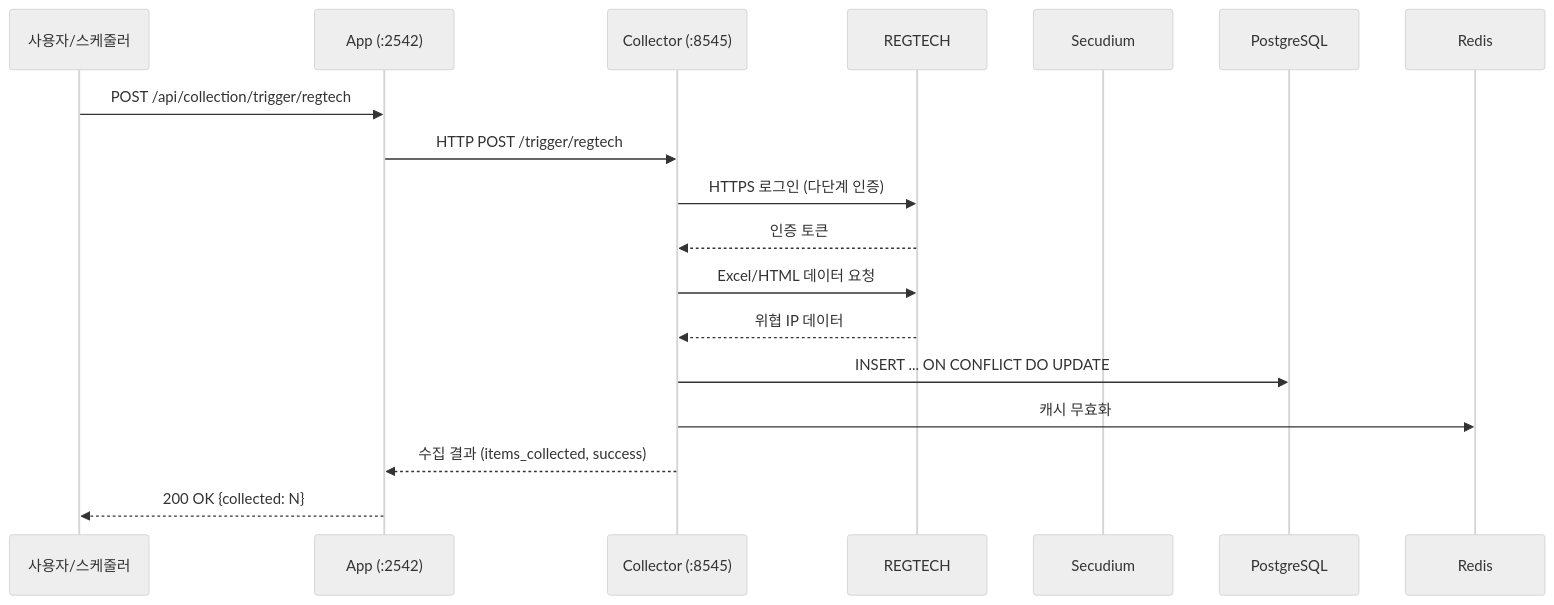
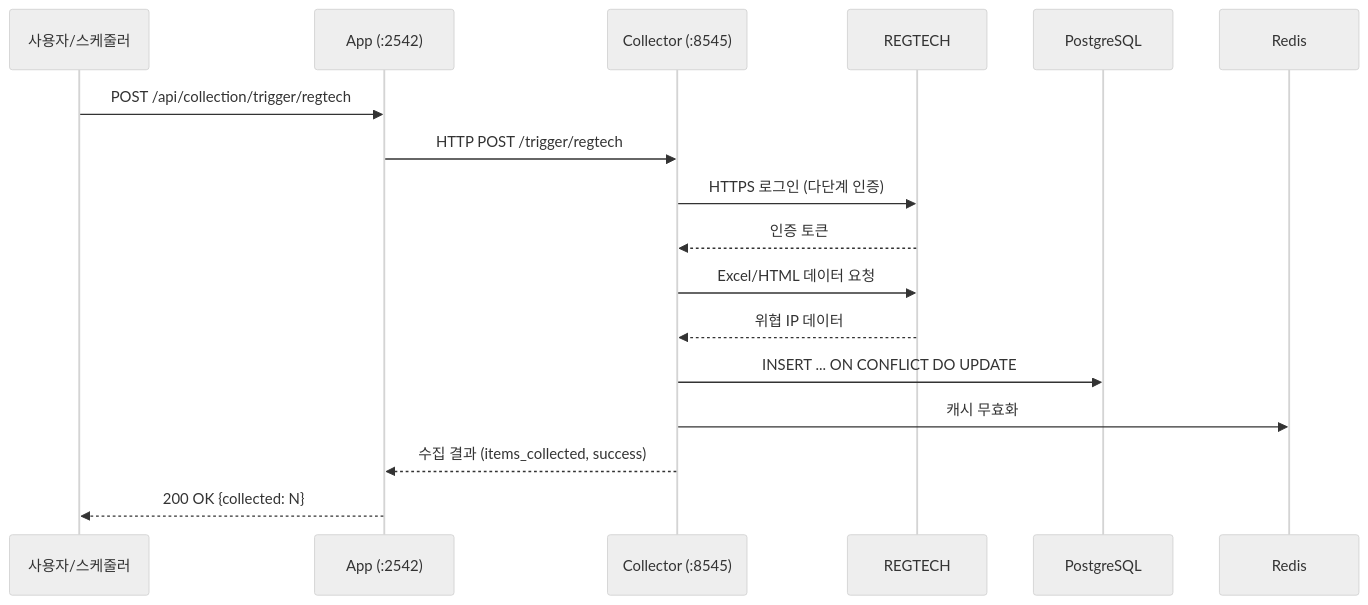
The second of 10 diagrams in docs/wiki/Architecture.md (jclee941/blacklist), drawn with Mermaid (neutral theme) before and after one commit. The commit also changed other lines of this file and 47 other files, not shown here.

````diff
--- a/docs/wiki/Architecture.md
+++ b/docs/wiki/Architecture.md
@@ -71,21 +69,20 @@
 ```mermaid
 sequenceDiagram
     participant U as 사용자/스케줄러
     participant A as App (:2542)
     participant C as Collector (:8545)
     participant R as REGTECH
-    participant S as Secudium
     participant DB as PostgreSQL
     participant RD as Redis
 
     U->>A: POST /api/collection/trigger/regtech
     A->>C: HTTP POST /trigger/regtech
     C->>R: HTTPS 로그인 (다단계 인증)
     R-->>C: 인증 토큰
     C->>R: Excel/HTML 데이터 요청
     R-->>C: 위협 IP 데이터
     C->>DB: INSERT ... ON CONFLICT DO UPDATE
     C->>RD: 캐시 무효화
     C-->>A: 수집 결과 (items_collected, success)
     A-->>U: 200 OK {collected: N}
 ```
````
